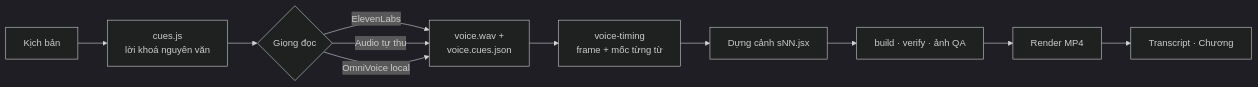
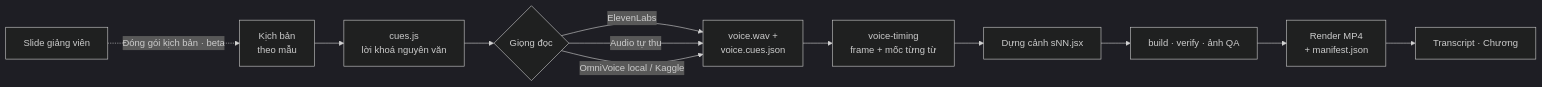
Before and after one commit to TuNM17421/video-studio: the diagram in README.md, drawn with Mermaid (dark theme). The commit also changed other lines of this file and 3 other files, not shown here.

````diff
--- a/README.md
+++ b/README.md
@@ -51,13 +61,14 @@
 ```mermaid
 flowchart LR
-  A[Kịch bản] --> B[cues.js<br/>lời khoá nguyên văn]
+  S[Slide giảng viên] -.->|Đóng gói kịch bản · beta| A
+  A[Kịch bản<br/>theo mẫu] --> B[cues.js<br/>lời khoá nguyên văn]
   B --> C{Giọng đọc}
   C -->|ElevenLabs| D[voice.wav +<br/>voice.cues.json]
   C -->|Audio tự thu| D
-  C -->|OmniVoice local| D
+  C -->|OmniVoice local / Kaggle| D
   D --> E[voice-timing<br/>frame + mốc từng từ]
   E --> F[Dựng cảnh sNN.jsx]
   F --> G[build · verify · ảnh QA]
-  G --> H[Render MP4]
+  G --> H[Render MP4<br/>+ manifest.json]
   H --> I[Transcript · Chương]
 ```
````
